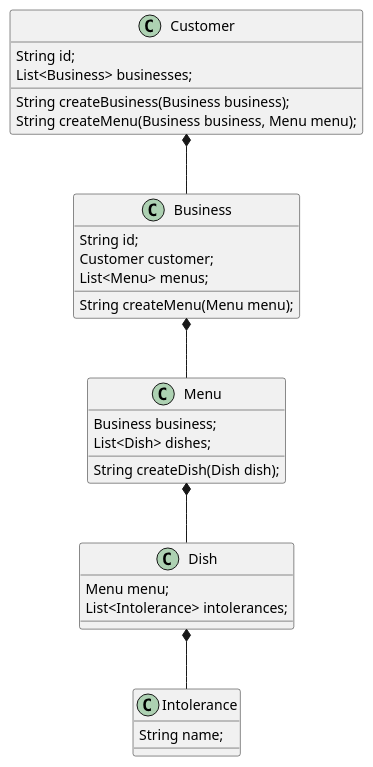
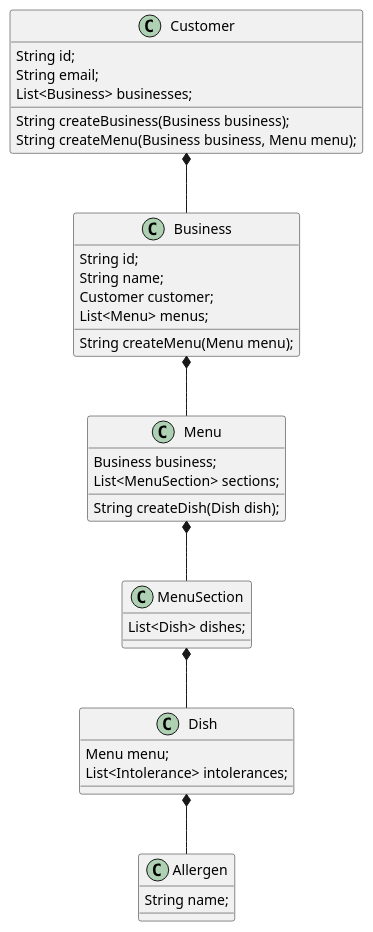
One commit to afdezcl/kemenu changed the diagram in models/domain_model.puml. Above: the diagram before and after it, drawn with PlantUML. The commit also changed 10 other files, not shown here.

```diff
--- a/models/domain_model.puml
+++ b/models/domain_model.puml
@@ -1,38 +1,45 @@
 @startuml
 class Customer {
   String id;
+  String email;
   List<Business> businesses;
 
   String createBusiness(Business business);
   String createMenu(Business business, Menu menu);
 }
 
 class Business {
   String id;
+  String name;
   Customer customer;
   List<Menu> menus;
 
   String createMenu(Menu menu);
 }
 
 class Menu {
   Business business;
-  List<Dish> dishes;
+  List<MenuSection> sections;
 
   String createDish(Dish dish);
+}
+
+class MenuSection {
+  List<Dish> dishes;
 }
 
 class Dish {
   Menu menu;
   List<Intolerance> intolerances;
 }
 
-class Intolerance {
+class Allergen {
   String name;
 }
 
 Customer *-- Business
 Business *-- Menu
-Menu *-- Dish
-Dish *-- Intolerance
+Menu *-- MenuSection
+MenuSection *-- Dish
+Dish *-- Allergen
 @enduml
```
